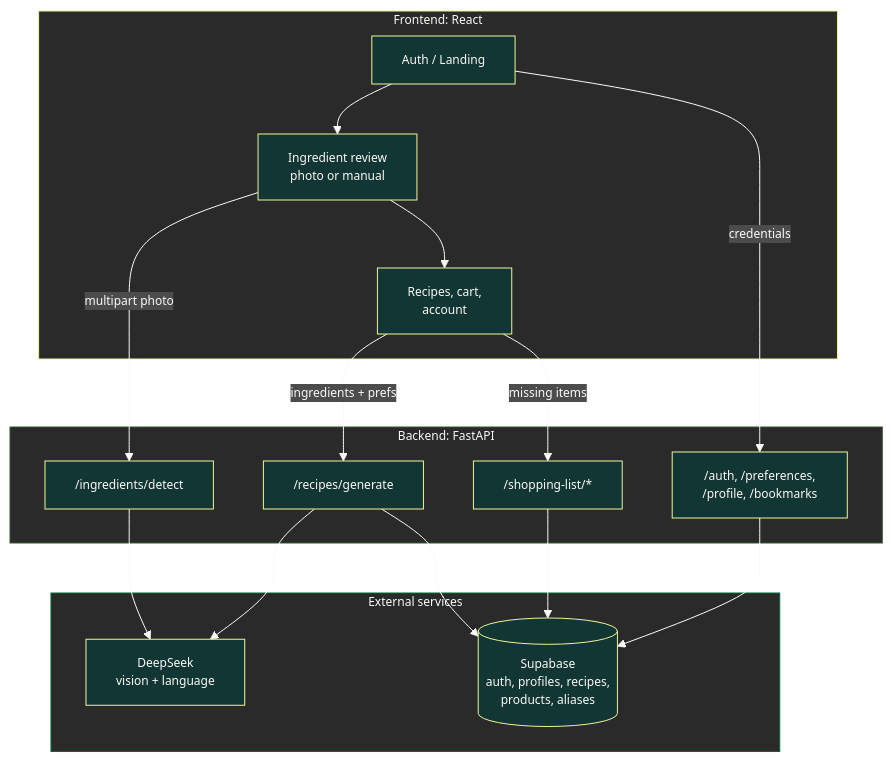
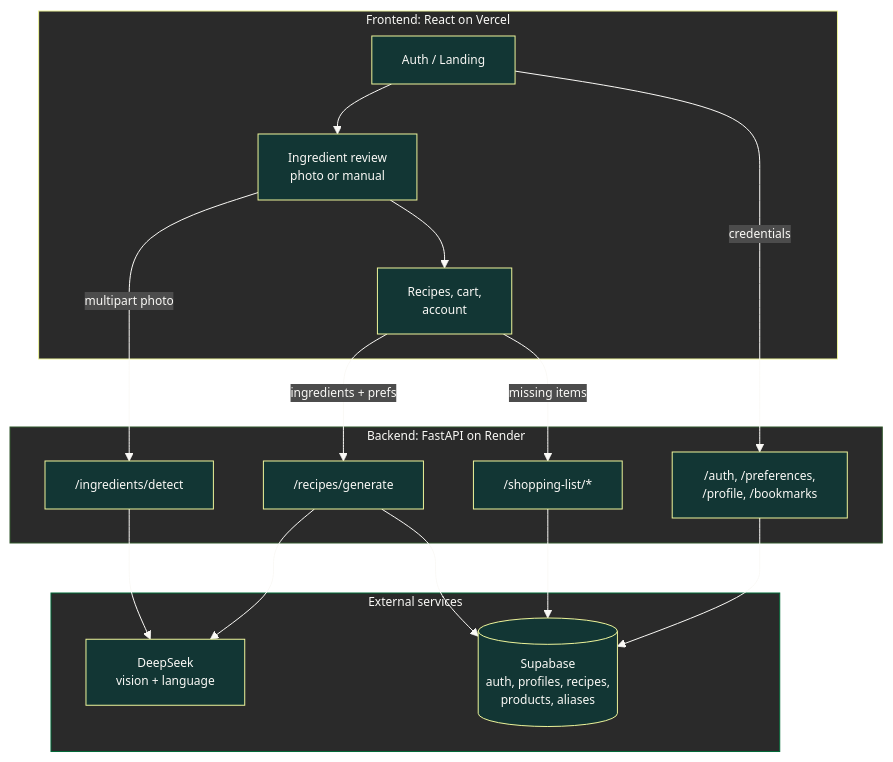
The fourth of 4 diagrams in README.md (Jood-Labs/Jood), drawn with Mermaid before and after one commit. The commit also changed other lines of this file and 1 other file, not shown here.

````diff
--- a/README.md
+++ b/README.md
@@ -415,35 +345,35 @@
 ```mermaid
 %%{init: {'theme':'base', 'themeVariables': {'background':'#4c4c4c', 'primaryColor':'#123634', 'primaryTextColor':'#faf9f6', 'primaryBorderColor':'#edf49a', 'lineColor':'#faf9f6', 'textColor':'#faf9f6', 'fontSize':'12px', 'edgeLabelBackground':'#4c4c4c'}}}%%
 flowchart TD
-    subgraph Client["Frontend: React"]
+    subgraph Client["Frontend: React on Vercel"]
         A1["Auth / Landing"] --> A2["Ingredient review<br/>photo or manual"]
         A2 --> A3["Recipes, cart,<br/>account"]
     end
-
-    subgraph API["Backend: FastAPI"]
+ 
+    subgraph API["Backend: FastAPI on Render"]
         B1["/ingredients/detect"]
         B2["/recipes/generate"]
         B3["/shopping-list/*"]
         B4["/auth, /preferences,<br/>/profile, /bookmarks"]
     end
-
+ 
     subgraph External["External services"]
         C1["DeepSeek<br/>vision + language"]
         C2[("Supabase<br/>auth, profiles, recipes,<br/>products, aliases")]
     end
-
+ 
     A2 -->|"multipart photo"| B1
     A3 -->|"ingredients + prefs"| B2
     A3 -->|"missing items"| B3
     A1 -->|"credentials"| B4
-
+ 
     B1 --> C1
     B2 --> C1
     B2 --> C2
     B3 --> C2
     B4 --> C2
-
+ 
     style Client fill:#2a2a2a,stroke:#edf49a,color:#faf9f6
     style API fill:#2a2a2a,stroke:#31572c,color:#faf9f6
     style External fill:#2a2a2a,stroke:#006837,color:#faf9f6
 ```
````
